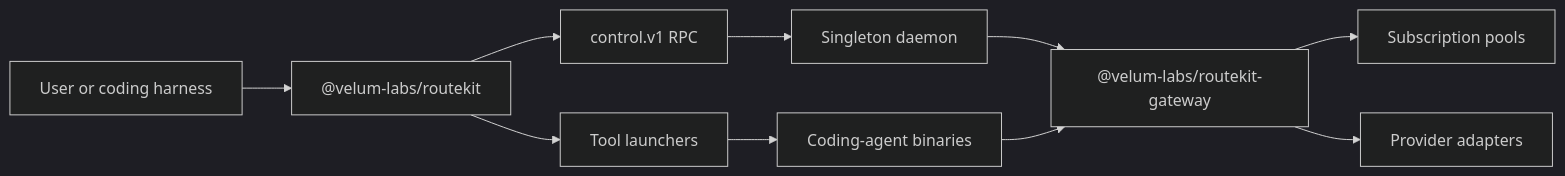
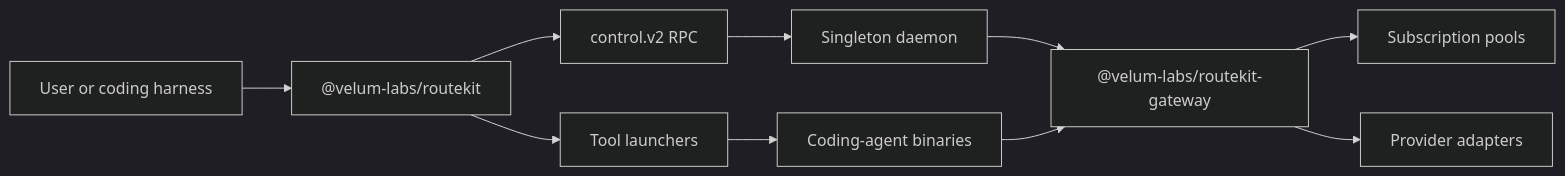
The first of 2 diagrams in docs/repository-reference.md (velum-labs/routekit), drawn with Mermaid (dark theme) before and after one commit. The commit also changed 321 other files, not shown here.

Commit message:
refactor!: complete clean-break application architecture

````diff
--- a/docs/repository-reference.md
+++ b/docs/repository-reference.md
@@ -11,12 +11,12 @@
 ```mermaid
 flowchart LR
   User[User or coding harness] --> CLI["@velum-labs/routekit"]
-  CLI --> Control[control.v1 RPC]
+  CLI --> Control[control.v2 RPC]
   Control --> Daemon[Singleton daemon]
   Daemon --> Gateway["@velum-labs/routekit-gateway"]
   Gateway --> Accounts[Subscription pools]
   Gateway --> Providers[Provider adapters]
   CLI --> Tools[Tool launchers]
   Tools --> Harness[Coding-agent binaries]
   Harness --> Gateway
 ```
````
